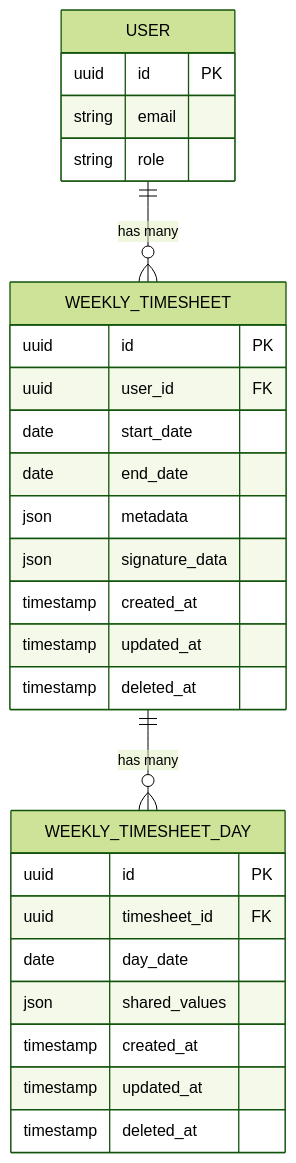
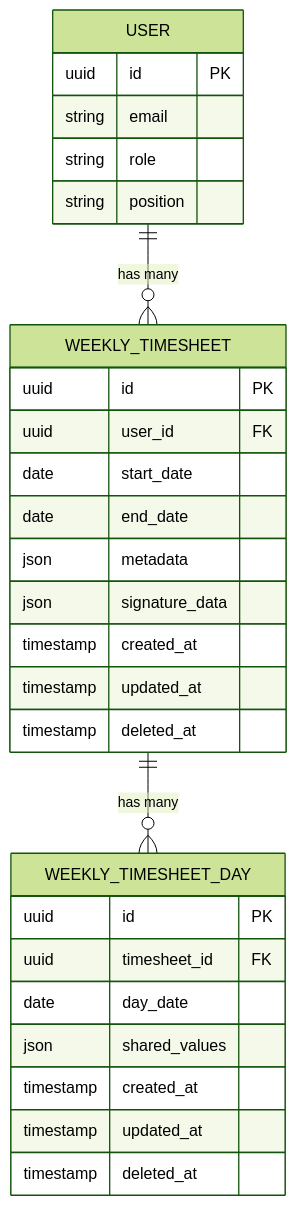
Before and after one commit to RobertRuas/windlog: the sixth of 10 diagrams in .qoder/repowiki/en/content/Arquitetura Backend/Módulos do Sistema/Timesheet Semanal - Módulo Backend.md, drawn with Mermaid (forest theme). The commit also changed other lines of this file and 12 other files, not shown here.

````diff
--- a/.qoder/repowiki/en/content/Arquitetura Backend/Módulos do Sistema/Timesheet Semanal - Módulo Backend.md
+++ b/.qoder/repowiki/en/content/Arquitetura Backend/Módulos do Sistema/Timesheet Semanal - Módulo Backend.md
@@ -361,30 +375,31 @@
 ```mermaid
 erDiagram
 WEEKLY_TIMESHEET {
 uuid id PK
 uuid user_id FK
 date start_date
 date end_date
 json metadata
 json signature_data
 timestamp created_at
 timestamp updated_at
 timestamp deleted_at
 }
 WEEKLY_TIMESHEET_DAY {
 uuid id PK
 uuid timesheet_id FK
 date day_date
 json shared_values
 timestamp created_at
 timestamp updated_at
 timestamp deleted_at
 }
 USER {
 uuid id PK
 string email
 string role
+string position
 }
 WEEKLY_TIMESHEET ||--o{ WEEKLY_TIMESHEET_DAY : "has many"
 USER ||--o{ WEEKLY_TIMESHEET : "has many"
 ```
````
